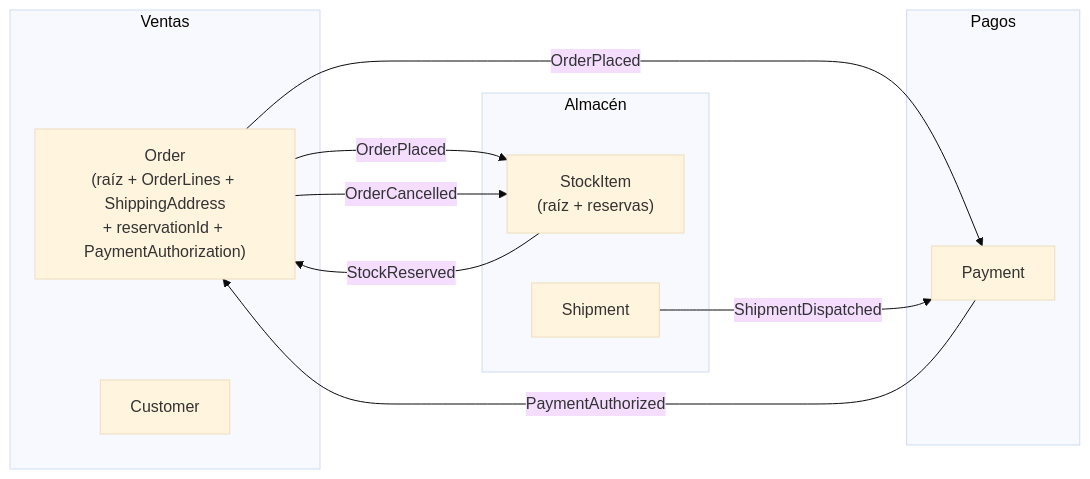
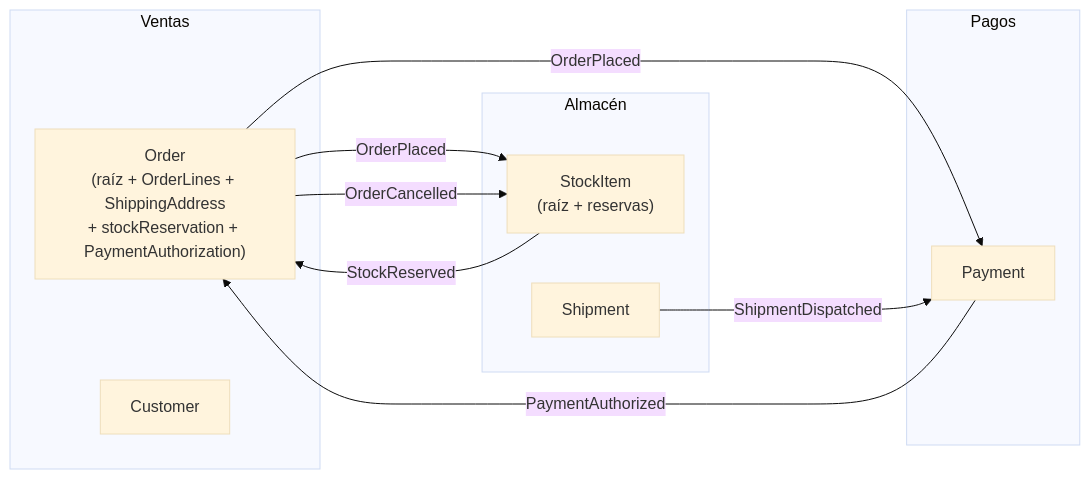
Before and after one commit to jguillermo/archi-code-core: the diagram in packages/ddd/ddd-skills/ddd-agregados/references/ejemplo-ecommerce.md, drawn with Mermaid (base theme). The commit also changed other lines of this file and 93 other files, not shown here.

````diff
--- a/packages/ddd/ddd-skills/ddd-agregados/references/ejemplo-ecommerce.md
+++ b/packages/ddd/ddd-skills/ddd-agregados/references/ejemplo-ecommerce.md
@@ -29,20 +29,20 @@
 ```mermaid
 flowchart LR
   subgraph Ventas
-    O["Order<br/>(raíz + OrderLines + ShippingAddress<br/>+ reservationId + PaymentAuthorization)"]
+    O["Order<br/>(raíz + OrderLines + ShippingAddress<br/>+ stockReservation + PaymentAuthorization)"]
     C["Customer"]
   end
   subgraph Almacén
     S["StockItem<br/>(raíz + reservas)"]
     SH["Shipment"]
   end
   subgraph Pagos
     P["Payment"]
   end
   O -- OrderPlaced --> S
   O -- OrderPlaced --> P
   S -- StockReserved --> O
   P -- PaymentAuthorized --> O
   O -- OrderCancelled --> S
   SH -- ShipmentDispatched --> P
 ```
````
